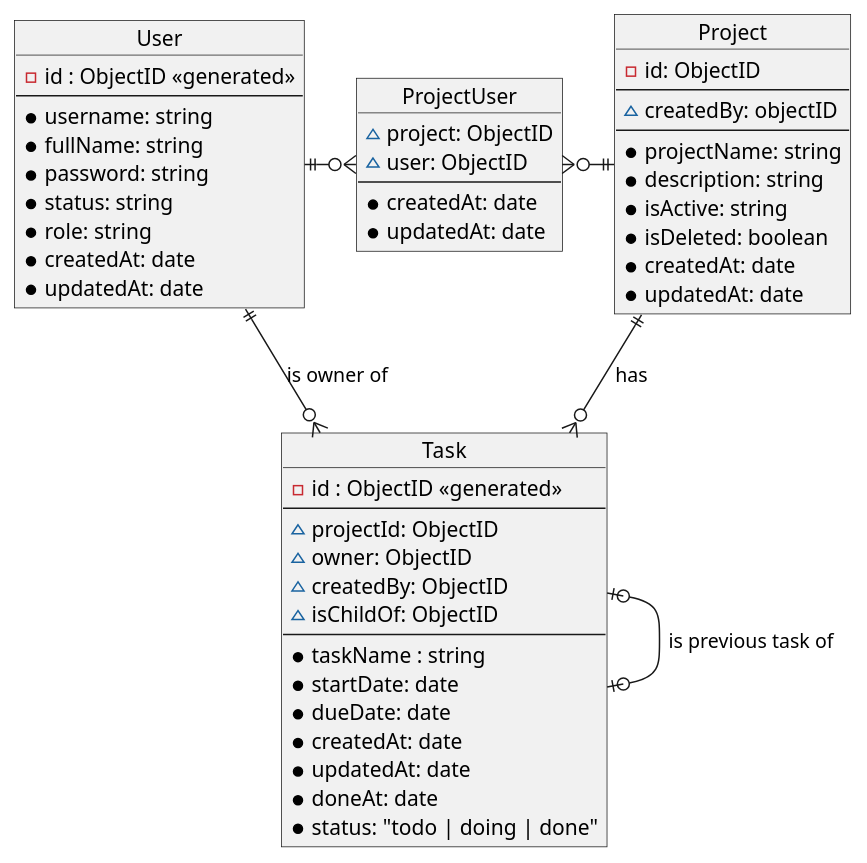
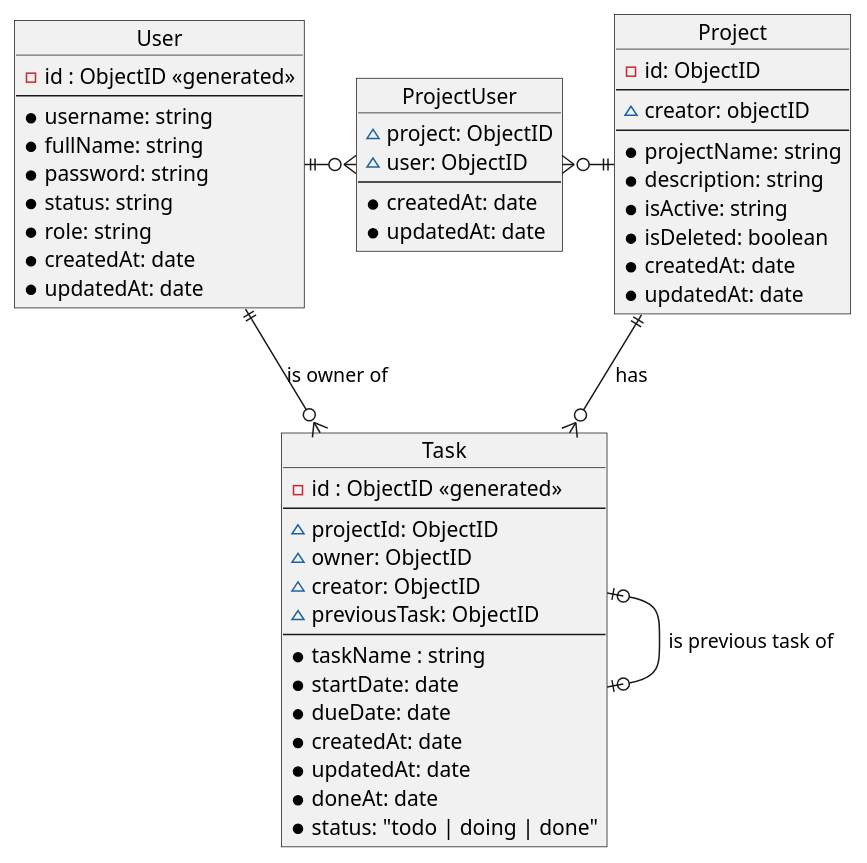
The diagram in docs/ERD.plantuml (felixnguyen678/project-todo-app-lb4), drawn with PlantUML before and after one commit.

Commit message:
chore: change field name ERD

```diff
--- a/docs/ERD.plantuml
+++ b/docs/ERD.plantuml
@@ -1,58 +1,58 @@
 @startuml ERD
 
 object Task {
   -id : ObjectID <<generated>>
   --
   ~projectId: ObjectID
   ~owner: ObjectID
-  ~createdBy: ObjectID
-  ~isChildOf: ObjectID
+  ~creator: ObjectID
+  ~previousTask: ObjectID
   --
   *taskName : string
   *startDate: date
   *dueDate: date
   *createdAt: date
   *updatedAt: date
   *doneAt: date
   *status: "todo | doing | done"
 }
 
 object Project {
   -id: ObjectID
   --
-  ~createdBy: objectID
+  ~creator: objectID
   --
   *projectName: string
   *description: string
   *isActive: string
   *isDeleted: boolean
   *createdAt: date
   *updatedAt: date
 }
 
 object User {
   -id : ObjectID <<generated>>
   --
   *username: string
   *fullName: string
   *password: string
   *status: string
   *role: string
   *createdAt: date
   *updatedAt: date
 }
 object ProjectUser {
   ~project: ObjectID
   ~user: ObjectID
   --
   *createdAt: date
   *updatedAt: date
 }
 
 User ||-right-o{ ProjectUser
 ProjectUser }o-right-|| Project
 Project||--o{ Task: has
 User ||-down-o{ Task: is owner of
 Task |o--o| Task: is previous task of
 
 @enduml
```
